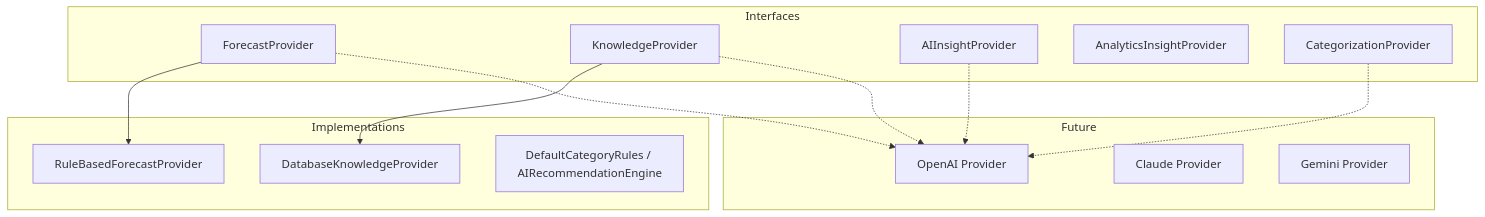
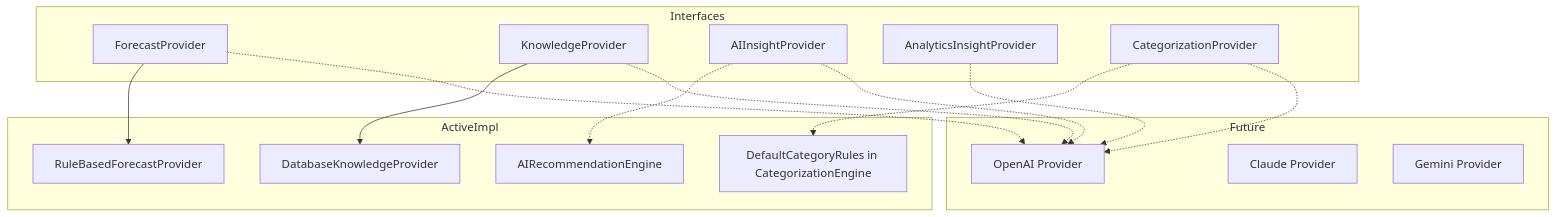
Before and after one commit to YevheniiaDem/flowiq-backend: the first of 2 diagrams in docs/architecture/ai-architecture.md, drawn with Mermaid. The commit also changed other lines of this file and 30 other files, not shown here.

First line of the commit message:
docs: align AI documentation with code and expand architecture docs

````diff
--- a/docs/architecture/ai-architecture.md
+++ b/docs/architecture/ai-architecture.md
@@ -7,29 +9,33 @@
 ```mermaid
 flowchart TB
     subgraph Interfaces
         FP[ForecastProvider]
         KP[KnowledgeProvider]
         AIP[AIInsightProvider]
         AAP[AnalyticsInsightProvider]
         CP[CategorizationProvider]
     end
 
-    subgraph Implementations
+    subgraph ActiveImpl
         RBF[RuleBasedForecastProvider]
         DBK[DatabaseKnowledgeProvider]
-        RULES[DefaultCategoryRules / AIRecommendationEngine]
+        ARE[AIRecommendationEngine]
+        DCR[DefaultCategoryRules in CategorizationEngine]
     end
 
     subgraph Future
         OAI[OpenAI Provider]
         CLAUDE[Claude Provider]
         GEM[Gemini Provider]
     end
 
     FP --> RBF
     KP --> DBK
+    AIP -.-> ARE
+    CP -.-> DCR
     FP -.-> OAI
     KP -.-> OAI
     AIP -.-> OAI
+    AAP -.-> OAI
     CP -.-> OAI
 ```
````
